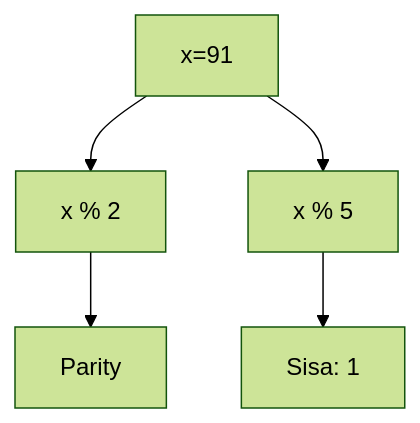
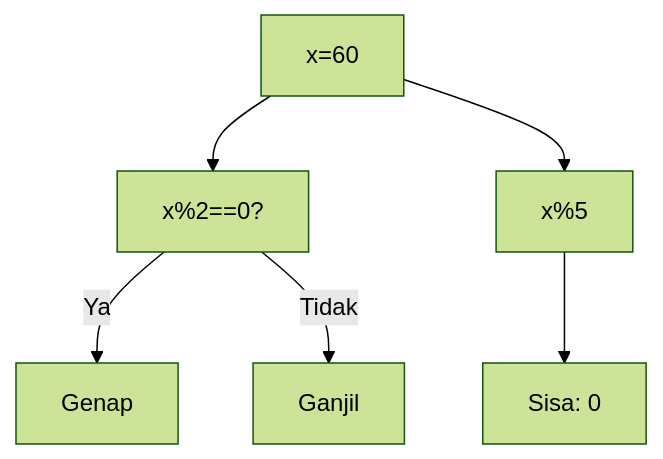
Diagram 14 of 25 in part-c-pemahaman-cpp/04-fungsi/latihan/set-03.md (amnahwaida/OSNK_INF_PREP), drawn with Mermaid (forest theme) before and after one commit. The commit also changed other lines of this file and 71 other files, not shown here.

Commit message:
Fixed Mermaid syntax lexical errors with quoted labels in 1,800 questions

````diff
--- a/part-c-pemahaman-cpp/04-fungsi/latihan/set-03.md
+++ b/part-c-pemahaman-cpp/04-fungsi/latihan/set-03.md
@@ -474,7 +421,8 @@
 ```mermaid
 graph TD
-A[x=91] --> B[x % 2]
-B --> C[Parity]
-A --> D[x % 5]
-D --> E[Sisa: 1]
+A["x=60"] --> B["x%2==0?"]
+B -- Ya --> C["Genap"]
+B -- Tidak --> D["Ganjil"]
+A --> E["x%5"]
+E --> F["Sisa: 0"]
 ```
````
